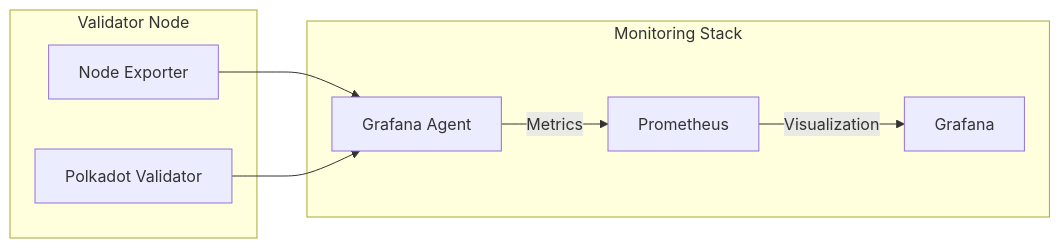
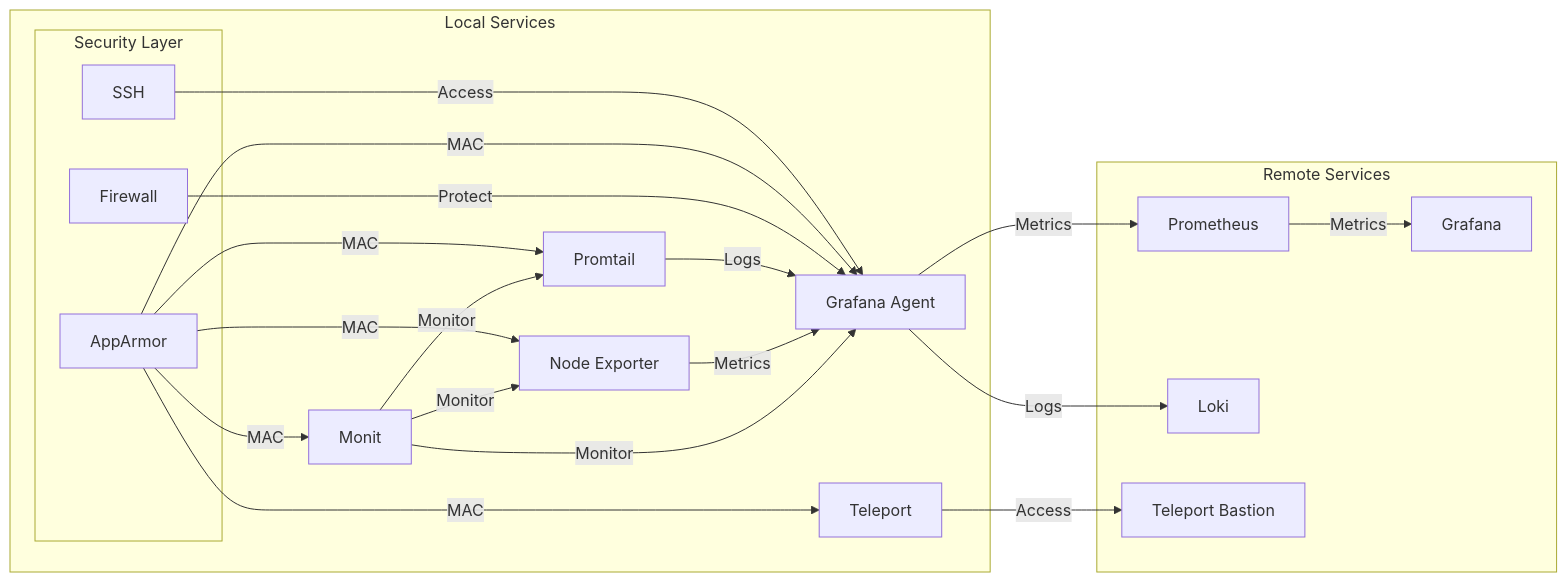
One commit to pampatzoglou/provision-validators changed the second of 2 diagrams in roles/admin/README.md. Above: the diagram before and after it, drawn with Mermaid. The commit also changed other lines of this file and 2 other files, not shown here.

Commit message:
Setup docs (#1)
* update README files

````diff
--- a/roles/admin/README.md
+++ b/roles/admin/README.md
@@ -224,15 +253,40 @@
 ```mermaid
 graph LR
-    subgraph Monitoring Stack
-        A[Grafana Agent] --> |Metrics| B[Prometheus]
-        B --> |Visualization| C[Grafana]
+    subgraph Local Services
+        A[Grafana Agent]
+        B[Node Exporter]
+        C[Promtail]
+        D[Monit] --> |Monitor| A
+        D --> |Monitor| B
+        D --> |Monitor| C
+        T[Teleport]
+        
+        subgraph Security Layer
+            E[Firewall]
+            F[AppArmor]
+            G[SSH]
+        end
     end
 
-    subgraph Validator Node
-        D[Node Exporter]
-        E[Polkadot Validator]
+    subgraph Remote Services
+        H[Prometheus]
+        I[Grafana]
+        J[Loki]
+        K[Teleport Bastion]
     end
 
-    D --> A
-    E --> A
+    B --> |Metrics| A
+    C --> |Logs| A
+    A --> |Metrics| H
+    A --> |Logs| J
+    H --> |Metrics| I
+    T --> |Access| K
+
+    E --> |Protect| A
+    F --> |MAC| A
+    F --> |MAC| B
+    F --> |MAC| C
+    F --> |MAC| D
+    F --> |MAC| T
+    G --> |Access| A
 ```
````
